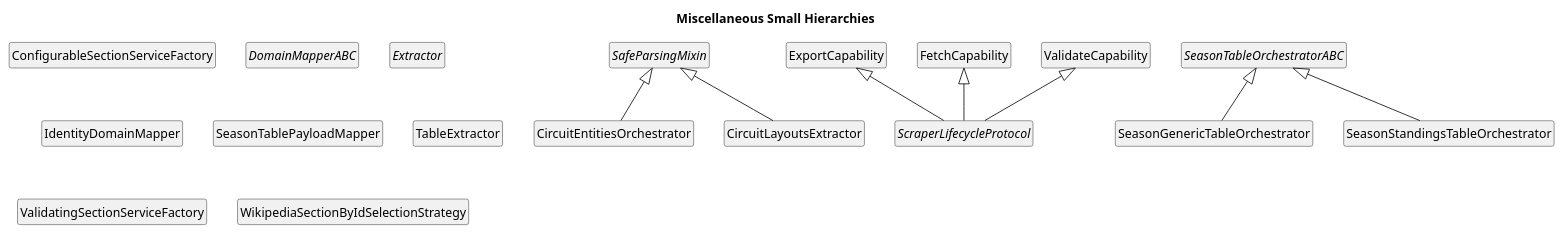
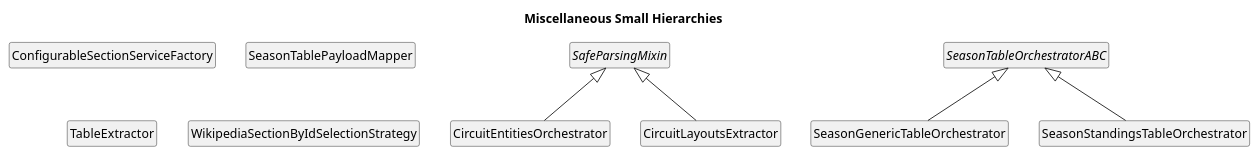
The diagram in docs/uml/inheritance/misc/01_misc_small.puml (bgembalczyk/F1), drawn with PlantUML before and after one commit. The commit also changed 36 other files, not shown here.

First line of the commit message:
Remove unused classes: CompositeRecordValidator, WikiList/Navbox/ParagraphElementParserABC, MetadataBindingMixin, Extractor, ScraperLifecycleProtocol/Capabilities, IdentityDomainMapper, DomainMapperABC, ValidatingSectionServiceFactory, SectionTableParseMixin; update UML diagrams

```diff
--- a/docs/uml/inheritance/misc/01_misc_small.puml
+++ b/docs/uml/inheritance/misc/01_misc_small.puml
@@ -1,34 +1,23 @@
 @startuml
 title Miscellaneous Small Hierarchies
 skinparam classAttributeIconSize 0
 hide empty members
 hide circle
 
 class CircuitEntitiesOrchestrator
 class CircuitLayoutsExtractor
 class ConfigurableSectionServiceFactory
-abstract class DomainMapperABC
-class ExportCapability
-abstract class Extractor
-class FetchCapability
-class IdentityDomainMapper
 abstract class SafeParsingMixin
-interface ScraperLifecycleProtocol
 class SeasonGenericTableOrchestrator
 class SeasonStandingsTableOrchestrator
 abstract class SeasonTableOrchestratorABC
 class SeasonTablePayloadMapper
 class TableExtractor
-class ValidateCapability
-class ValidatingSectionServiceFactory
 class WikipediaSectionByIdSelectionStrategy
 
 SafeParsingMixin <|-- CircuitEntitiesOrchestrator
 SafeParsingMixin <|-- CircuitLayoutsExtractor
-ExportCapability <|-- ScraperLifecycleProtocol
-FetchCapability <|-- ScraperLifecycleProtocol
-ValidateCapability <|-- ScraperLifecycleProtocol
 SeasonTableOrchestratorABC <|-- SeasonGenericTableOrchestrator
 SeasonTableOrchestratorABC <|-- SeasonStandingsTableOrchestrator
 
 @enduml
```
